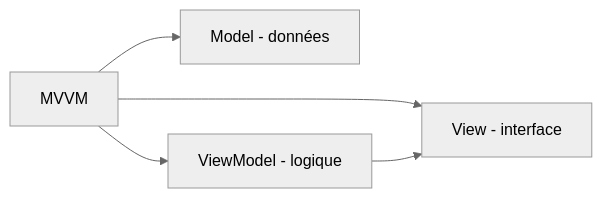
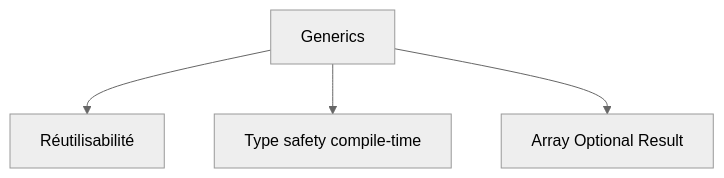
Diagram 17 of 45 in docs/glossaire/developpement-mobile.md (zyrass/omnydocs), drawn with Mermaid (neutral theme) before and after one commit. The commit also changed other lines of this file and 959 other files, not shown here.

````diff
--- a/docs/glossaire/developpement-mobile.md
+++ b/docs/glossaire/developpement-mobile.md
@@ -574,7 +611,6 @@
-    ```mermaid
-    graph LR
-        A[MVVM] --> B[Model - données]
-        A --> C[View - interface]
-        A --> D[ViewModel - logique]
-        D --> C
-    ```
+```mermaid
+flowchart TB
+    A[Generics] --> B["Réutilisabilité"]
+    A --> C["Type safety compile-time"]
+    A --> D["Array Optional Result"]
+```
````
